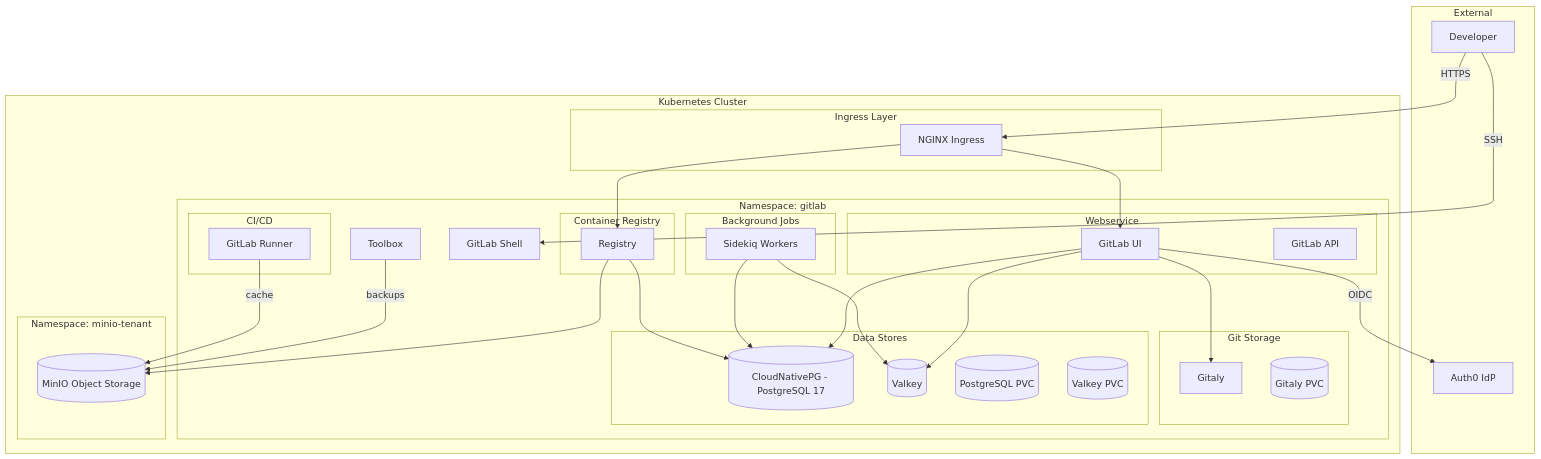
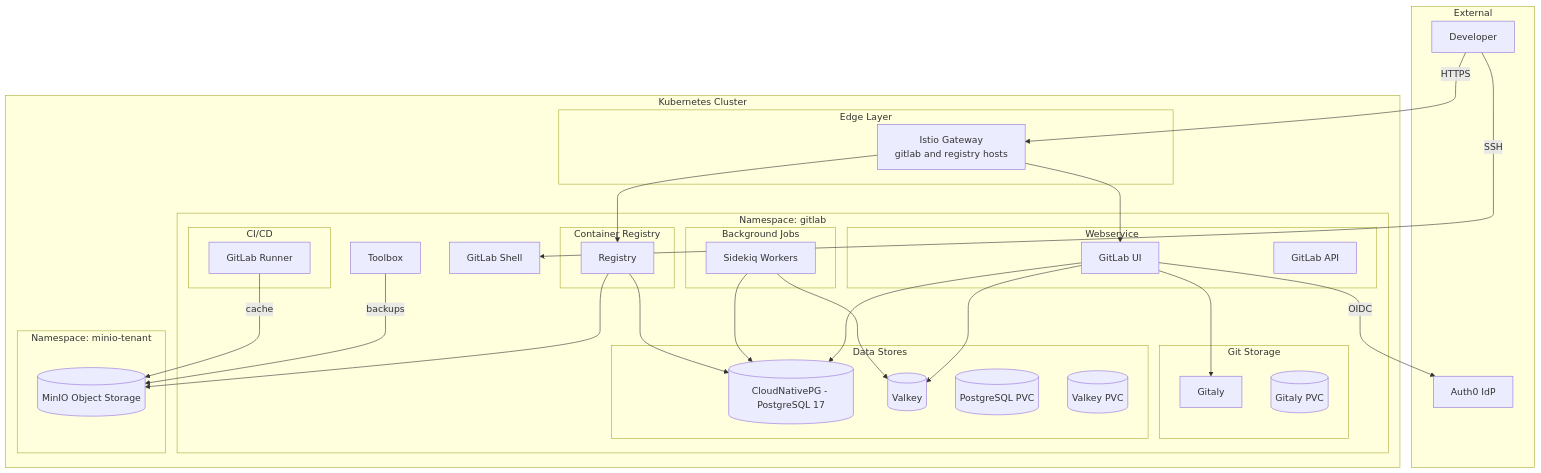
One commit to chrisleekr/homelab-infrastructure changed the first of 2 diagrams in docs/stage2/gitlab-platform.md. Above: the diagram before and after it, drawn with Mermaid. The commit also changed other lines of this file and 143 other files, not shown here.

Commit message:
feat(stage2): migrate nginx-ingress to Istio Gateway API (#119)

````diff
--- a/docs/stage2/gitlab-platform.md
+++ b/docs/stage2/gitlab-platform.md
@@ -9,69 +9,69 @@
 ```mermaid
 flowchart TB
     subgraph external [External]
         User[Developer]
         Auth0[Auth0 IdP]
     end
 
     subgraph k8s [Kubernetes Cluster]
-        subgraph ingress [Ingress Layer]
-            Nginx[NGINX Ingress]
+        subgraph ingress [Edge Layer]
+            Gateway[Istio Gateway<br/>gitlab and registry hosts]
         end
 
         subgraph ns [Namespace: gitlab]
             subgraph webservice [Webservice]
                 WebUI[GitLab UI]
                 API[GitLab API]
             end
 
             subgraph sidekiq [Background Jobs]
                 Sidekiq[Sidekiq Workers]
             end
 
             subgraph gitaly [Git Storage]
                 Gitaly[Gitaly]
                 GitalyPVC[(Gitaly PVC)]
             end
 
             subgraph registry [Container Registry]
                 Registry[Registry]
             end
 
             subgraph runner [CI/CD]
                 Runner[GitLab Runner]
             end
 
             subgraph data [Data Stores]
                 PostgreSQL[(CloudNativePG - PostgreSQL 17)]
                 Valkey[(Valkey)]
                 PGSQLPVC[(PostgreSQL PVC)]
                 ValkeyPVC[(Valkey PVC)]
             end
 
             Shell[GitLab Shell]
             Toolbox[Toolbox]
         end
 
         subgraph minio_ns [Namespace: minio-tenant]
             MinIO[(MinIO Object Storage)]
         end
     end
 
-    User -->|HTTPS| Nginx
-    Nginx --> WebUI
-    Nginx --> Registry
+    User -->|HTTPS| Gateway
+    Gateway --> WebUI
+    Gateway --> Registry
     User -->|SSH| Shell
 
     WebUI --> PostgreSQL
     WebUI --> Valkey
     WebUI --> Gitaly
     Sidekiq --> PostgreSQL
     Sidekiq --> Valkey
     Registry --> PostgreSQL
 
     Registry --> MinIO
     Toolbox -->|backups| MinIO
     Runner -->|cache| MinIO
 
     WebUI -->|OIDC| Auth0
 ```
````
